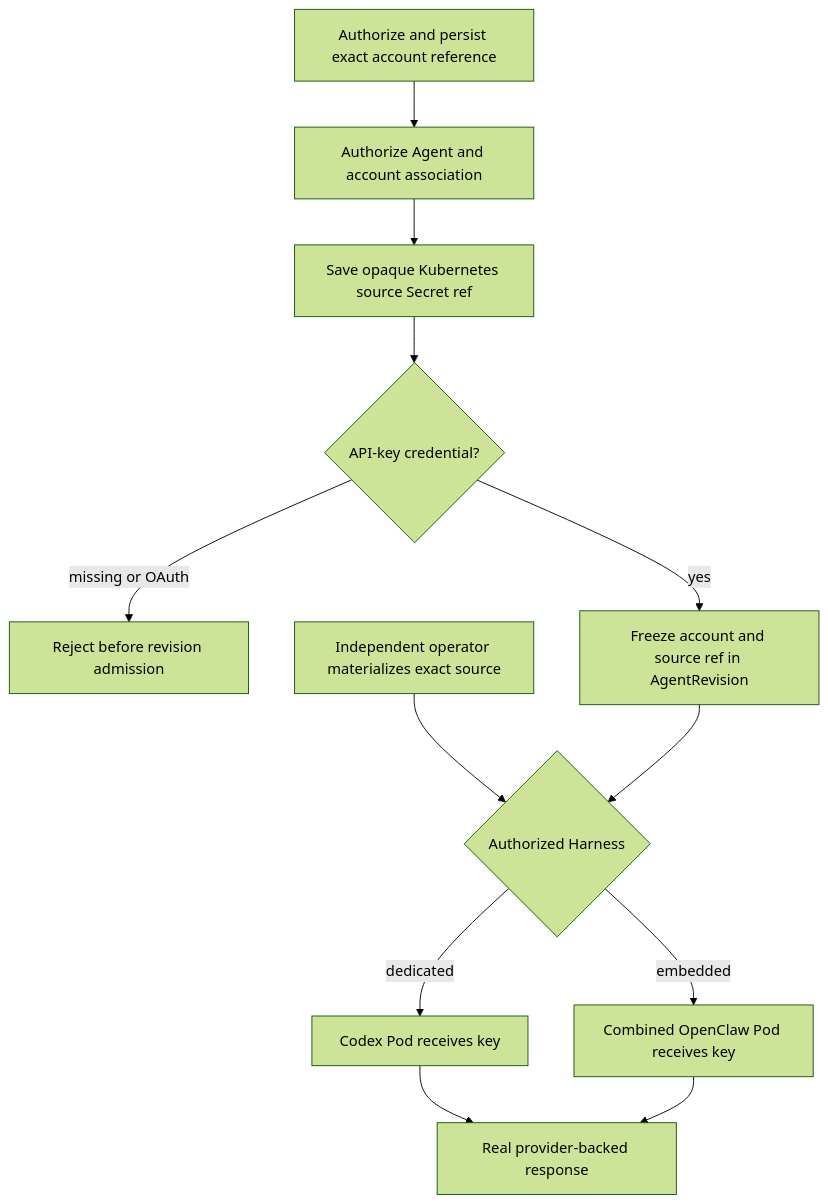
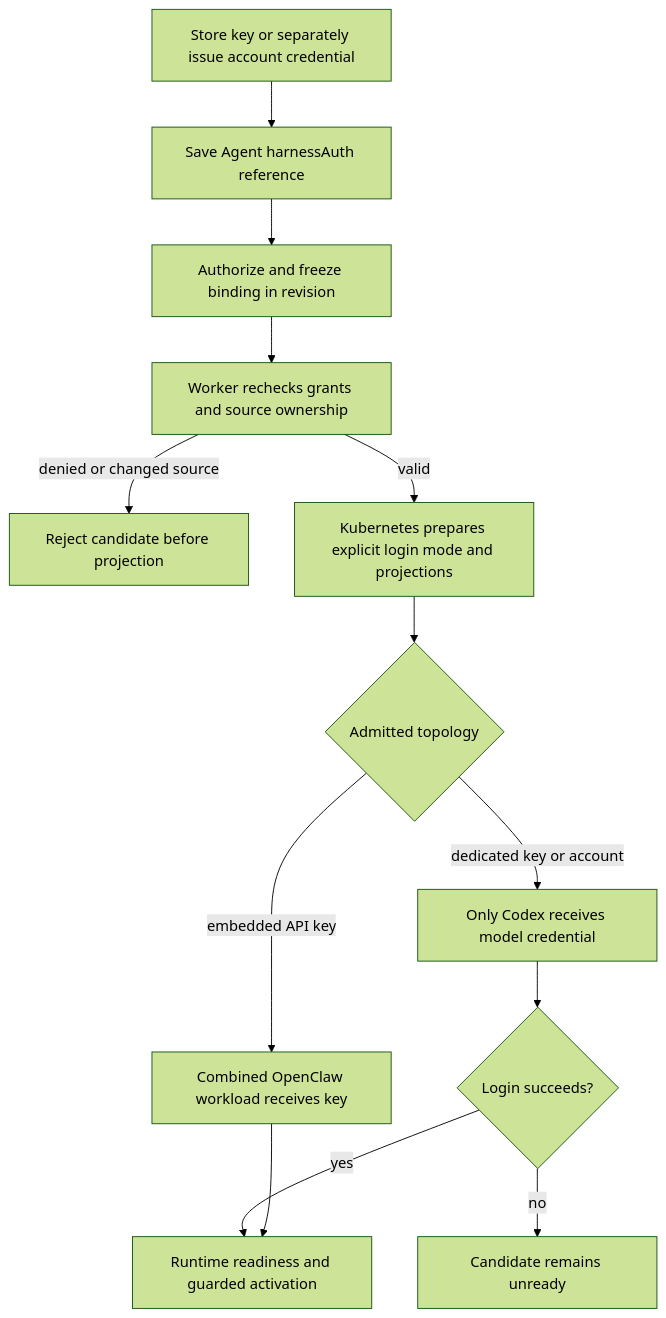
Before and after one commit to IsaiahStapleton/openclaw-enterprise: the diagram in docs/flows/native-service-account-credential-delivery.md, drawn with Mermaid (forest theme). The commit also changed other lines of this file and 102 other files, not shown here.

Commit message:
feat: bind harness authentication through Agent credential references

````diff
--- a/docs/flows/native-service-account-credential-delivery.md
+++ b/docs/flows/native-service-account-credential-delivery.md
@@ -31,14 +31,15 @@
 ```mermaid
 graph TD
-  A["Authorize and persist exact account reference"] --> B["Authorize Agent and account association"]
-  B --> C["Save opaque Kubernetes source Secret ref"]
-  C --> D{"API-key credential?"}
-  D -->|missing or OAuth| E["Reject before revision admission"]
-  D -->|yes| F["Freeze account and source ref in AgentRevision"]
-  G["Independent operator materializes exact source"] --> H{"Authorized Harness"}
-  F --> H
-  H -->|dedicated| I["Codex Pod receives key"]
-  H -->|embedded| J["Combined OpenClaw Pod receives key"]
-  I --> K["Real provider-backed response"]
-  J --> K
+  A["Store key or separately issue account credential"] --> B["Save Agent harnessAuth reference"]
+  B --> C["Authorize and freeze binding in revision"]
+  C --> D["Worker rechecks grants and source ownership"]
+  D -->|denied or changed source| E["Reject candidate before projection"]
+  D -->|valid| F["Kubernetes prepares explicit login mode and projections"]
+  F --> G{"Admitted topology"}
+  G -->|embedded API key| H["Combined OpenClaw workload receives key"]
+  G -->|dedicated key or account| I["Only Codex receives model credential"]
+  I --> J{"Login succeeds?"}
+  J -->|no| K["Candidate remains unready"]
+  J -->|yes| L["Runtime readiness and guarded activation"]
+  H --> L
 ```
````
